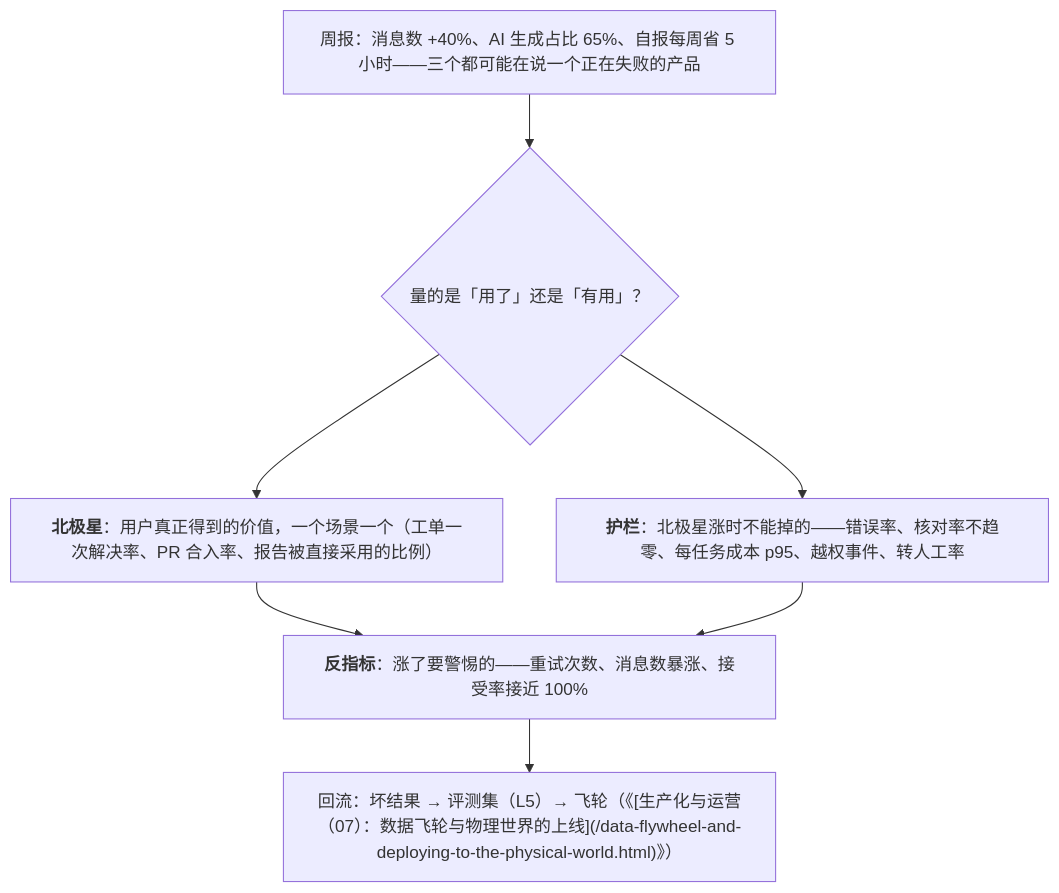
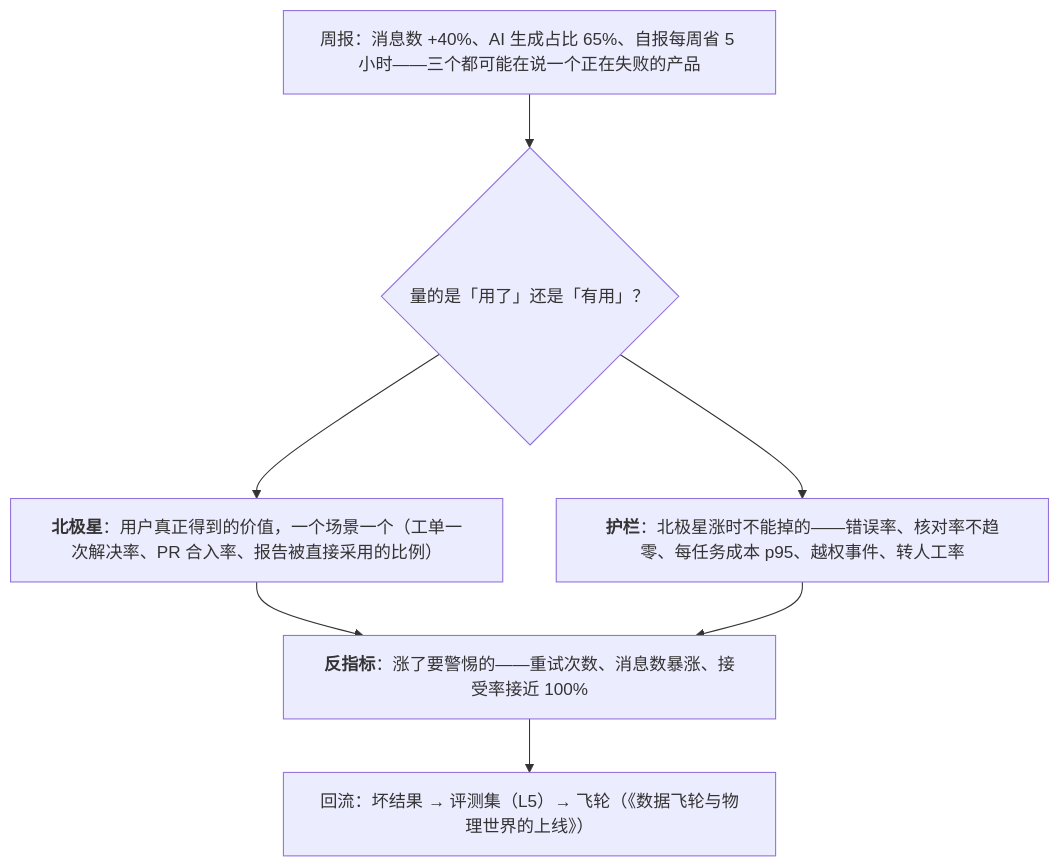
The first of 6 diagrams in _posts/2026-11-20-ai-product-metrics-and-feeding-back-into-the-system.md (arganzheng/arganzheng.github.com), drawn with Mermaid before and after one commit. The commit also changed 55 other files, not shown here.

First line of the commit message:
坐标 261 处改成文章标题，修 Mermaid 标签里显示源码的 bug

````diff
--- a/_posts/2026-11-20-ai-product-metrics-and-feeding-back-into-the-system.md
+++ b/_posts/2026-11-20-ai-product-metrics-and-feeding-back-into-the-system.md
@@ -20,11 +20,11 @@
 ```mermaid
 %%{init: {"flowchart": {"wrappingWidth": 400}}}%%
 %% 图：量「有用」而不是「用了」：北极星、护栏、反指标与回流
 flowchart TB
     W["周报：消息数 +40%、AI 生成占比 65%、自报每周省 5 小时——三个都可能在说一个正在失败的产品"] --> Q{"量的是「用了」还是「有用」？"}
     Q --> N["<b>北极星</b>：用户真正得到的价值，一个场景一个（工单一次解决率、PR 合入率、报告被直接采用的比例）"]
     Q --> G["<b>护栏</b>：北极星涨时不能掉的——错误率、核对率不趋零、每任务成本 p95、越权事件、转人工率"]
     N & G --> F["<b>反指标</b>：涨了要警惕的——重试次数、消息数暴涨、接受率接近 100%"]
-    F --> B["回流：坏结果 → 评测集（L5）→ 飞轮（《[生产化与运营（07）：数据飞轮与物理世界的上线](/data-flywheel-and-deploying-to-the-physical-world.html)》）"]
+    F --> B["回流：坏结果 → 评测集（L5）→ 飞轮（《数据飞轮与物理世界的上线》）"]
 
 ```
````
